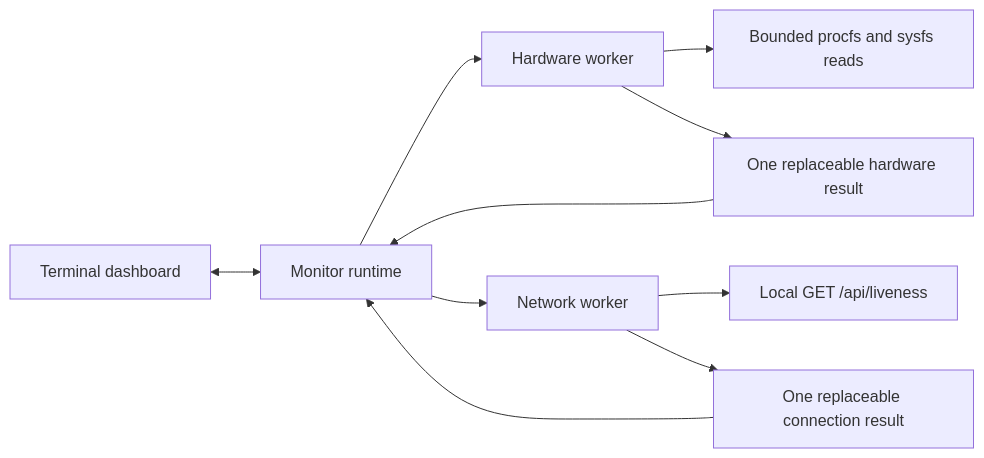
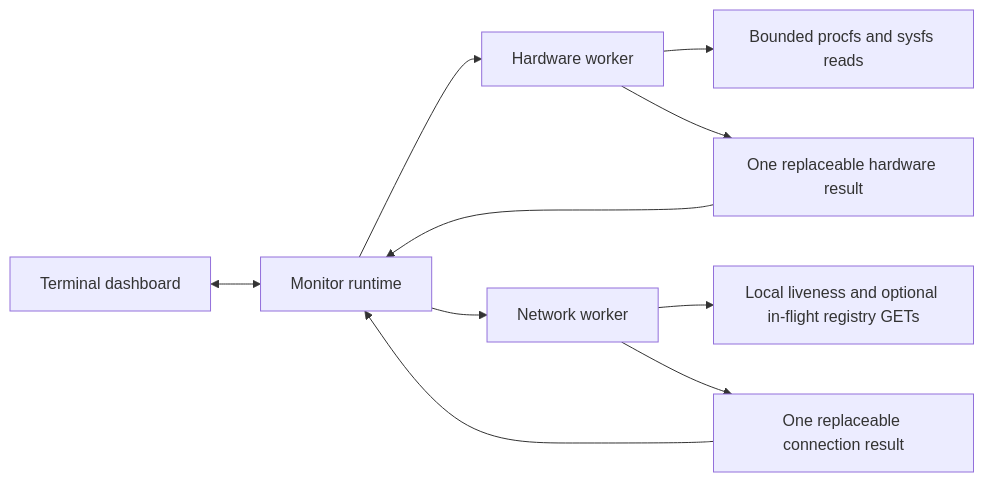
Before and after one commit to LaLinea08/Unsloth_Monitor: the diagram in docs/ARCHITECTURE.md, drawn with Mermaid. The commit also changed other lines of this file and 20 other files, not shown here.

````diff
--- a/docs/ARCHITECTURE.md
+++ b/docs/ARCHITECTURE.md
@@ -9,12 +12,12 @@
 ```mermaid
 flowchart LR
     TUI[Terminal dashboard] <--> Runtime[Monitor runtime]
     Runtime --> HW[Hardware worker]
     Runtime --> Net[Network worker]
     HW --> Linux[Bounded procfs and sysfs reads]
-    Net --> API[Local GET /api/liveness]
+    Net --> API[Local liveness and optional in-flight registry GETs]
     HW --> HResult[One replaceable hardware result]
     Net --> NResult[One replaceable connection result]
     HResult --> Runtime
     NResult --> Runtime
 ```
````
